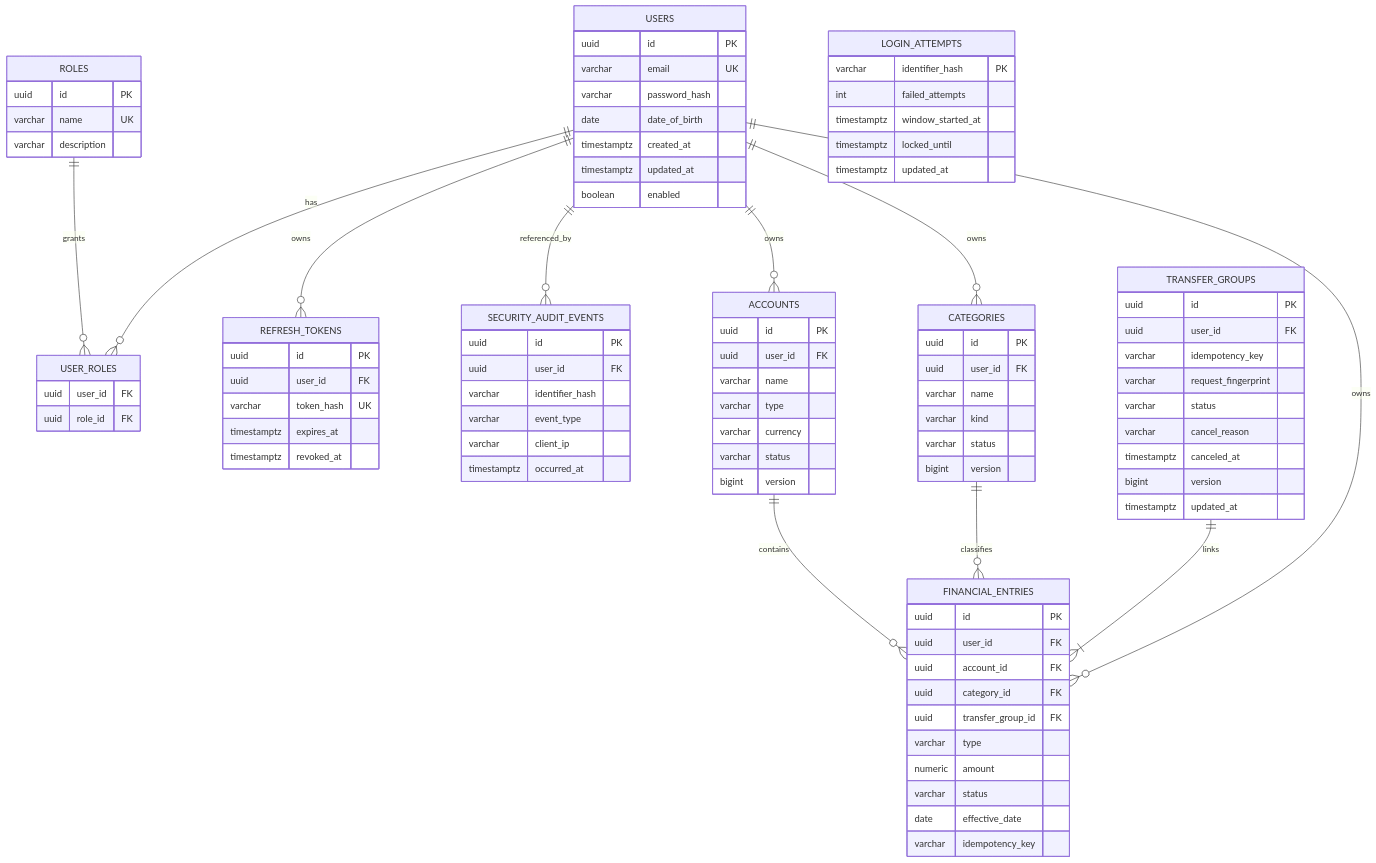
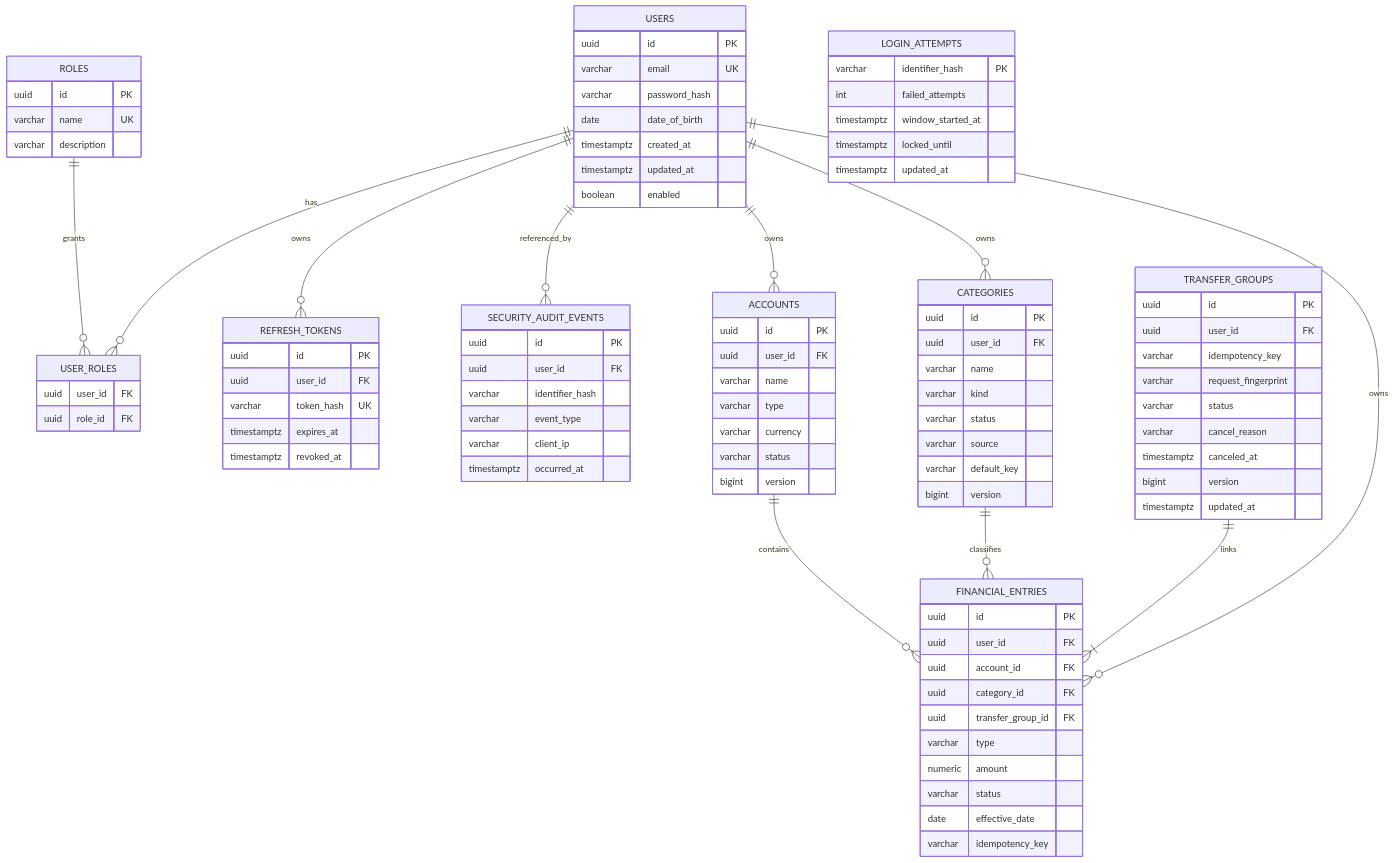
The diagram in docs/BANCO_DE_DADOS.md (CaueWeber22/cointrol-backend), drawn with Mermaid before and after one commit. The commit also changed other lines of this file and 21 other files, not shown here.

```diff
--- a/docs/BANCO_DE_DADOS.md
+++ b/docs/BANCO_DE_DADOS.md
@@ -94,6 +95,8 @@
         varchar name
         varchar kind
         varchar status
+        varchar source
+        varchar default_key
         bigint version
     }
     FINANCIAL_ENTRIES {
```
